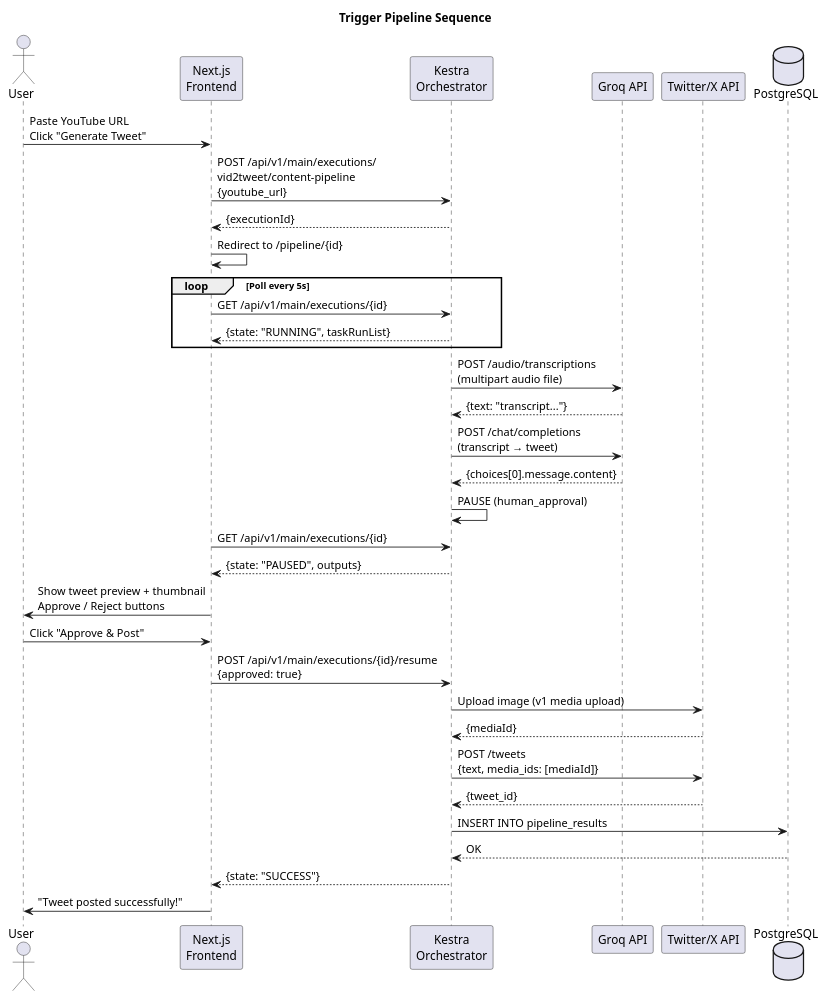
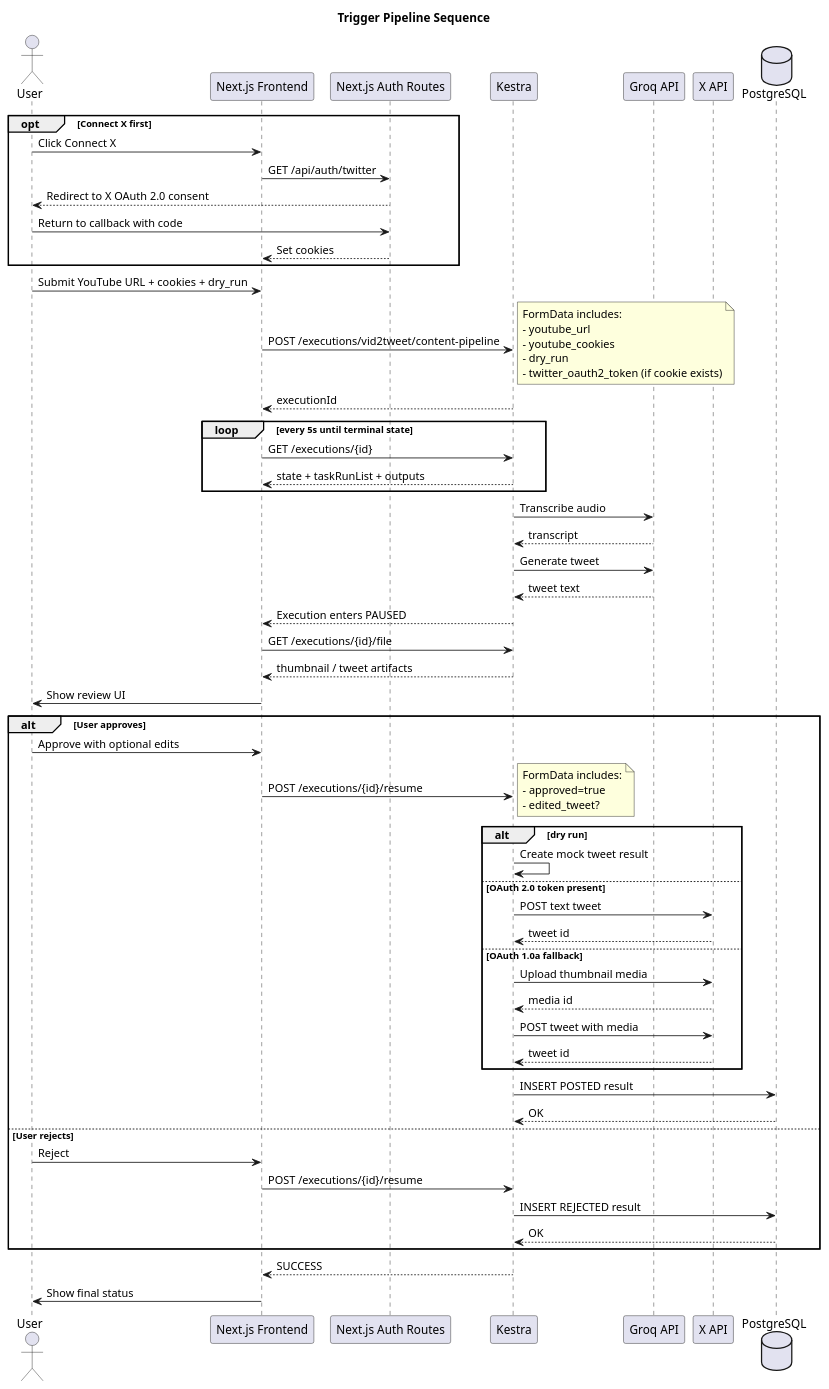
Before and after one commit to deepakkj/vid2tweet: the diagram in docs/diagrams/sequences/trigger-pipeline.puml, drawn with PlantUML. The commit also changed 3 other files, not shown here.

Commit message:
align architecture and flow diagrams with implementation

```diff
--- a/docs/diagrams/sequences/trigger-pipeline.puml
+++ b/docs/diagrams/sequences/trigger-pipeline.puml
@@ -1,47 +1,79 @@
 @startuml trigger-pipeline
 title Trigger Pipeline Sequence
 
 actor User
-participant "Next.js\nFrontend" as Frontend
-participant "Kestra\nOrchestrator" as Kestra
+participant "Next.js Frontend" as Frontend
+participant "Next.js Auth Routes" as Auth
+participant "Kestra" as Kestra
 participant "Groq API" as Groq
-participant "Twitter/X API" as Twitter
+participant "X API" as Twitter
 database "PostgreSQL" as DB
 
-User -> Frontend: Paste YouTube URL\nClick "Generate Tweet"
-Frontend -> Kestra: POST /api/v1/main/executions/\nvid2tweet/content-pipeline\n{youtube_url}
-Kestra --> Frontend: {executionId}
-Frontend -> Frontend: Redirect to /pipeline/{id}
-
-loop Poll every 5s
-  Frontend -> Kestra: GET /api/v1/main/executions/{id}
-  Kestra --> Frontend: {state: "RUNNING", taskRunList}
+opt Connect X first
+  User -> Frontend: Click Connect X
+  Frontend -> Auth: GET /api/auth/twitter
+  Auth --> User: Redirect to X OAuth 2.0 consent
+  User -> Auth: Return to callback with code
+  Auth --> Frontend: Set cookies
 end
 
-Kestra -> Groq: POST /audio/transcriptions\n(multipart audio file)
-Groq --> Kestra: {text: "transcript..."}
+User -> Frontend: Submit YouTube URL + cookies + dry_run
+Frontend -> Kestra: POST /executions/vid2tweet/content-pipeline
+note right
+FormData includes:
+- youtube_url
+- youtube_cookies
+- dry_run
+- twitter_oauth2_token (if cookie exists)
+end note
+Kestra --> Frontend: executionId
 
-Kestra -> Groq: POST /chat/completions\n(transcript → tweet)
-Groq --> Kestra: {choices[0].message.content}
+loop every 5s until terminal state
+  Frontend -> Kestra: GET /executions/{id}
+  Kestra --> Frontend: state + taskRunList + outputs
+end
 
-Kestra -> Kestra: PAUSE (human_approval)
-Frontend -> Kestra: GET /api/v1/main/executions/{id}
-Kestra --> Frontend: {state: "PAUSED", outputs}
+Kestra -> Groq: Transcribe audio
+Groq --> Kestra: transcript
+Kestra -> Groq: Generate tweet
+Groq --> Kestra: tweet text
 
-Frontend -> User: Show tweet preview + thumbnail\nApprove / Reject buttons
+Kestra --> Frontend: Execution enters PAUSED
+Frontend -> Kestra: GET /executions/{id}/file
+Kestra --> Frontend: thumbnail / tweet artifacts
+Frontend -> User: Show review UI
 
-User -> Frontend: Click "Approve & Post"
-Frontend -> Kestra: POST /api/v1/main/executions/{id}/resume\n{approved: true}
+alt User approves
+  User -> Frontend: Approve with optional edits
+  Frontend -> Kestra: POST /executions/{id}/resume
+  note right
+  FormData includes:
+  - approved=true
+  - edited_tweet?
+  end note
 
-Kestra -> Twitter: Upload image (v1 media upload)
-Twitter --> Kestra: {mediaId}
-Kestra -> Twitter: POST /tweets\n{text, media_ids: [mediaId]}
-Twitter --> Kestra: {tweet_id}
+  alt dry run
+    Kestra -> Kestra: Create mock tweet result
+  else OAuth 2.0 token present
+    Kestra -> Twitter: POST text tweet
+    Twitter --> Kestra: tweet id
+  else OAuth 1.0a fallback
+    Kestra -> Twitter: Upload thumbnail media
+    Twitter --> Kestra: media id
+    Kestra -> Twitter: POST tweet with media
+    Twitter --> Kestra: tweet id
+  end
 
-Kestra -> DB: INSERT INTO pipeline_results
-DB --> Kestra: OK
+  Kestra -> DB: INSERT POSTED result
+  DB --> Kestra: OK
+else User rejects
+  User -> Frontend: Reject
+  Frontend -> Kestra: POST /executions/{id}/resume
+  Kestra -> DB: INSERT REJECTED result
+  DB --> Kestra: OK
+end
 
-Kestra --> Frontend: {state: "SUCCESS"}
-Frontend -> User: "Tweet posted successfully!"
+Kestra --> Frontend: SUCCESS
+Frontend -> User: Show final status
 
 @enduml
```
